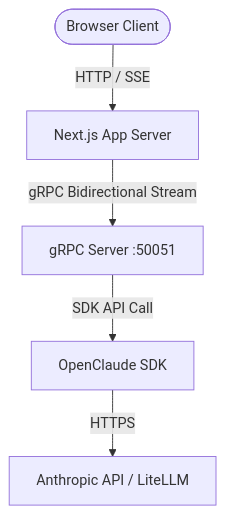
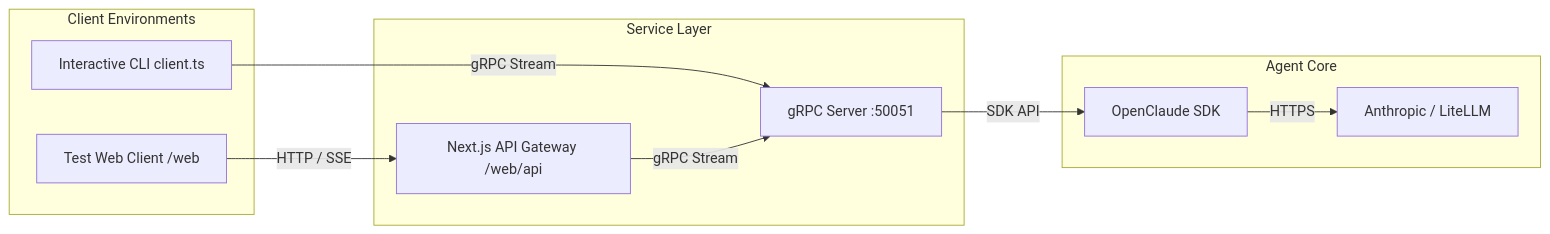
Before and after one commit to Jatinbalodhi96/openclaude-server: the diagram in README.md, drawn with Mermaid. The commit also changed other lines of this file, not shown here.

Commit message:
Update README to emphasize gRPC service daemon and clarify Next.js is a test client

````diff
--- a/README.md
+++ b/README.md
@@ -13,7 +18,23 @@
 ```mermaid
-graph TD
-    User([Browser Client]) -->|HTTP / SSE| Web[Next.js App Server]
-    Web -->|gRPC Bidirectional Stream| Server[gRPC Server :50051]
-    Server -->|SDK API Call| OpenClaude[OpenClaude SDK]
-    OpenClaude -->|HTTPS| LLM[Anthropic API / LiteLLM]
+graph LR
+    subgraph Client Environments
+        CLI[Interactive CLI client.ts]
+        Browser[Test Web Client /web]
+    end
+
+    subgraph Service Layer
+        Proxy[Next.js API Gateway /web/api]
+        Server[gRPC Server :50051]
+    end
+
+    subgraph Agent Core
+        SDK[OpenClaude SDK]
+        LLM[Anthropic / LiteLLM]
+    end
+
+    CLI -->|gRPC Stream| Server
+    Browser -->|HTTP / SSE| Proxy
+    Proxy -->|gRPC Stream| Server
+    Server -->|SDK API| SDK
+    SDK -->|HTTPS| LLM
 ```
````
